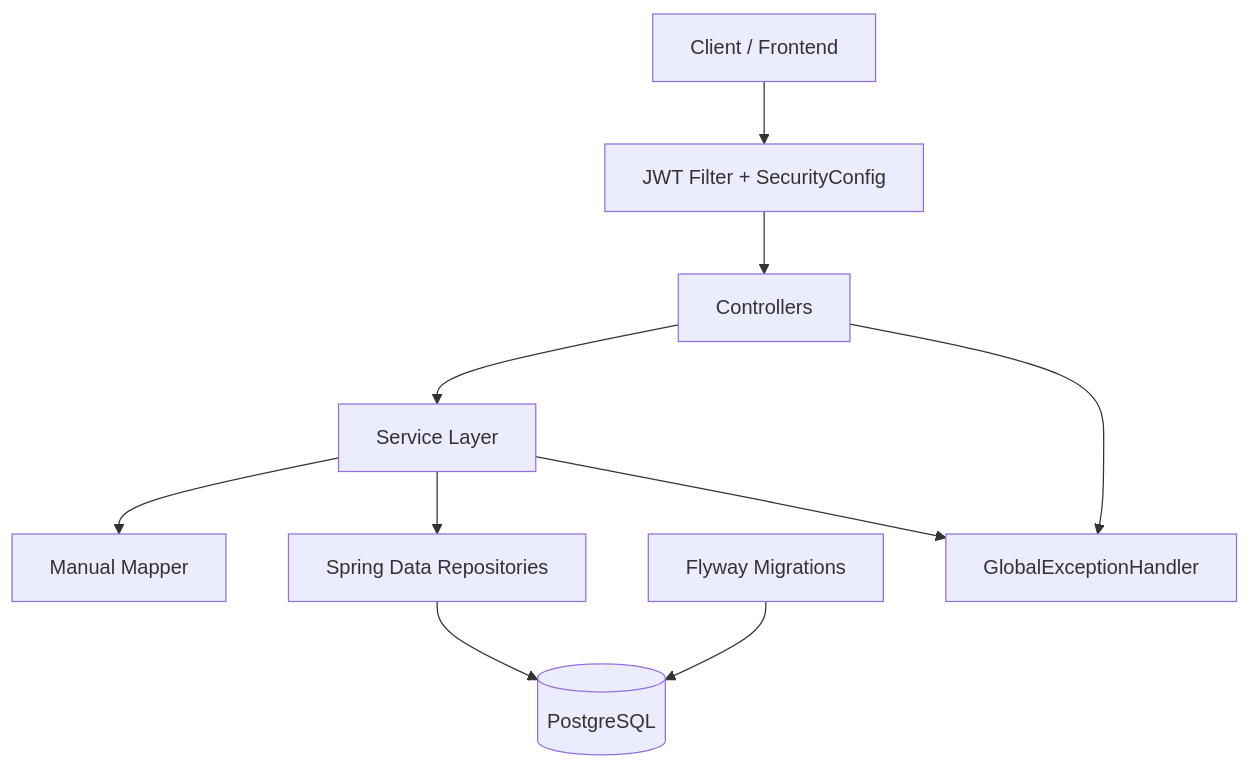
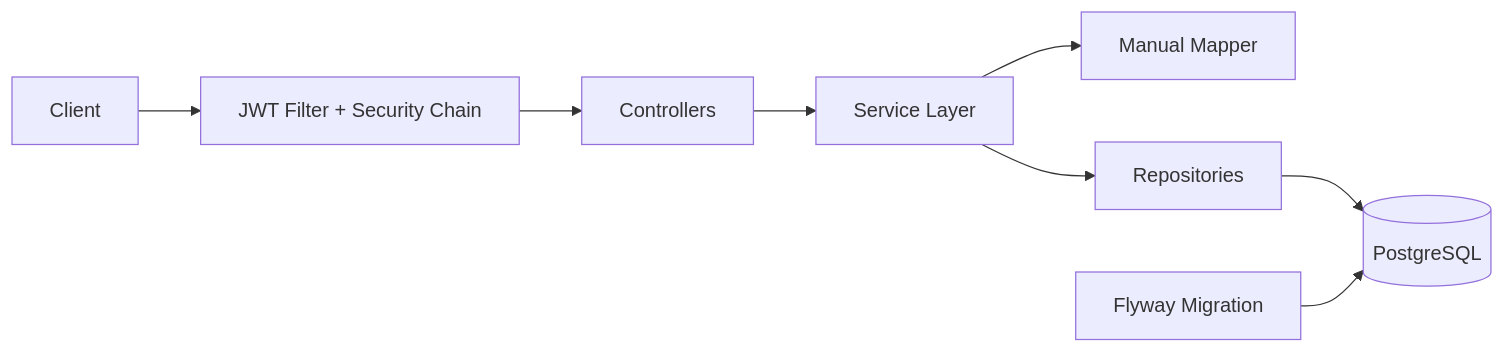
Before and after one commit to BenkacemIbrahim/job-application-tracker-api: the diagram in README.md, drawn with Mermaid. The commit also changed other lines of this file and 22 other files, not shown here.

````diff
--- a/README.md
+++ b/README.md
@@ -38,13 +50,10 @@
 ```mermaid
-flowchart TD
-    Client[Client / Frontend] --> Security[JWT Filter + SecurityConfig]
+flowchart LR
+    Client[Client] --> Security[JWT Filter + Security Chain]
     Security --> Controller[Controllers]
     Controller --> Service[Service Layer]
     Service --> Mapper[Manual Mapper]
-    Service --> Repository[Spring Data Repositories]
-    Repository --> DB[(PostgreSQL)]
-    Flyway[Flyway Migrations] --> DB
-
-    Service --> Exception[GlobalExceptionHandler]
-    Controller --> Exception
+    Service --> Repository[Repositories]
+    Repository --> Postgres[(PostgreSQL)]
+    Flyway[Flyway Migration] --> Postgres
 ```
````
